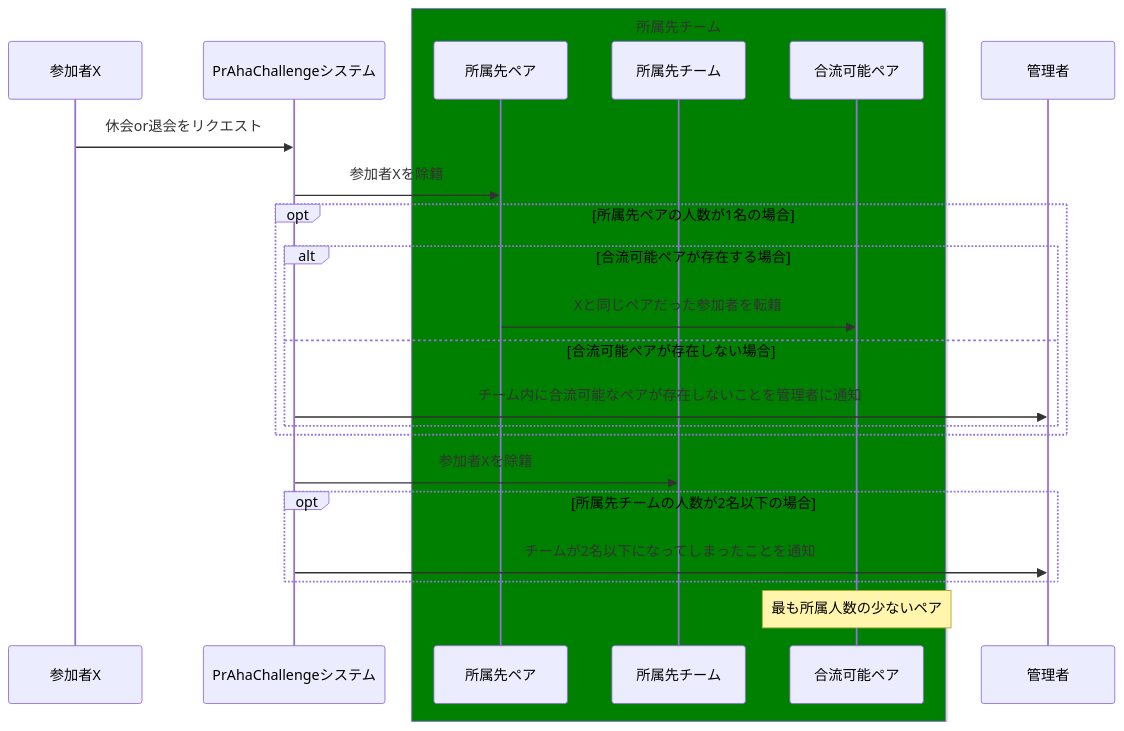
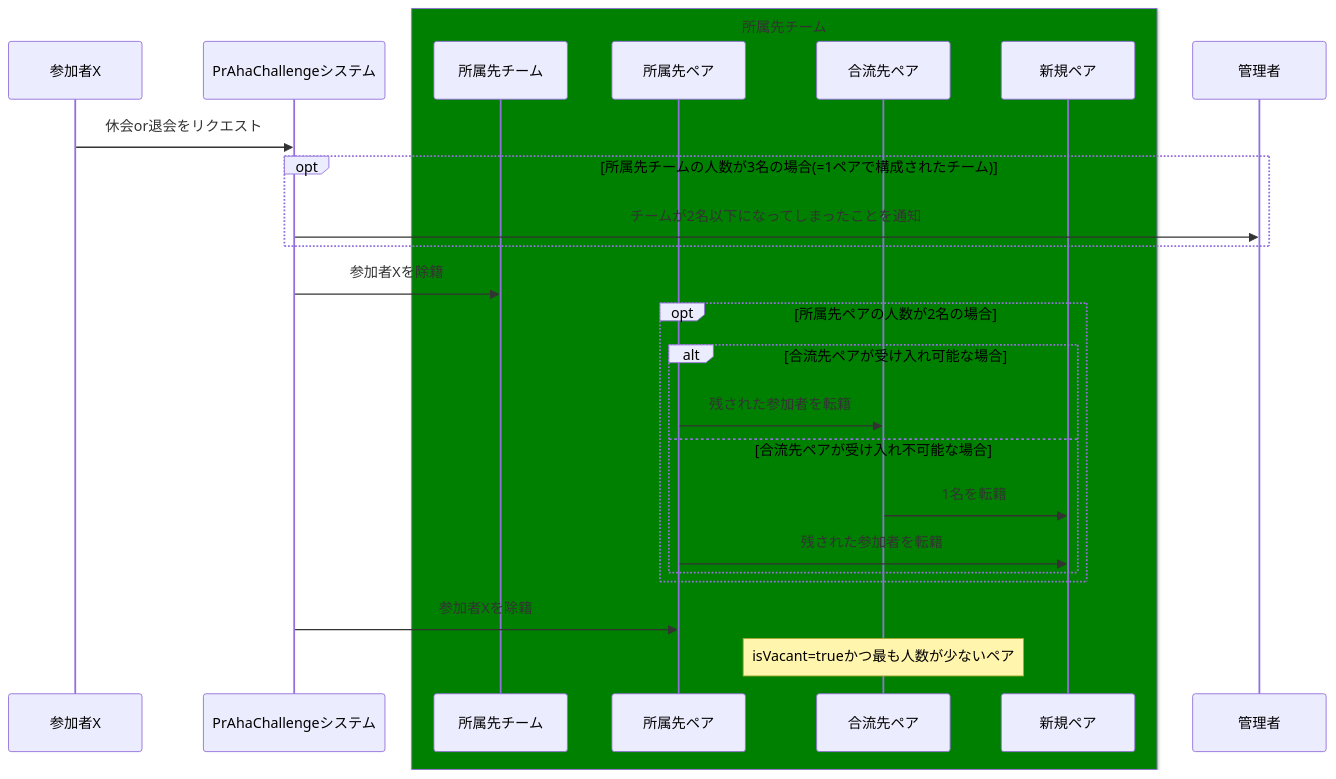
The first of 2 diagrams in architecture/PrahaChallenge/docs/sequence-diagrams/update-participant-status.md (UR-deR/PrAha_Challenge), drawn with Mermaid before and after one commit. The commit also changed other lines of this file and 23 other files, not shown here.

````diff
--- a/architecture/PrahaChallenge/docs/sequence-diagrams/update-participant-status.md
+++ b/architecture/PrahaChallenge/docs/sequence-diagrams/update-participant-status.md
@@ -5,26 +5,30 @@
 ```mermaid
 sequenceDiagram
     participant X as 参加者X
     participant S as PrAhaChallengeシステム
     box Green 所属先チーム
+    participant T as 所属先チーム
     participant P as 所属先ペア
-    participant T as 所属先チーム
-    participant Q as 合流可能ペア
+    participant Q as 合流先ペア
+    participant N as 新規ペア
     end
     participant A as 管理者
 
     X->>S: 休会or退会をリクエスト
-    S->>P: 参加者Xを除籍
-    opt 所属先ペアの人数が1名の場合
-    alt 合流可能ペアが存在する場合
-        P->>Q: Xと同じペアだった参加者を転籍
-    else 合流可能ペアが存在しない場合
-        S->>A: チーム内に合流可能なペアが存在しないことを管理者に通知
-    end
+    opt 所属先チームの人数が3名の場合(=1ペアで構成されたチーム)
+    S->>A: チームが2名以下になってしまったことを通知
     end
     S->>T: 参加者Xを除籍
-    opt 所属先チームの人数が2名以下の場合
-    S->>A: チームが2名以下になってしまったことを通知
+
+    opt 所属先ペアの人数が2名の場合
+        alt 合流先ペアが受け入れ可能な場合
+            P->>Q: 残された参加者を転籍
+        else 合流先ペアが受け入れ不可能な場合
+            Q->>N: 1名を転籍
+            P->>N: 残された参加者を転籍
+        end
     end
-    note over Q: 最も所属人数の少ないペア
+    S->>P: 参加者Xを除籍
+
+    note over Q: isVacant=trueかつ最も人数が少ないペア
 ```
````
